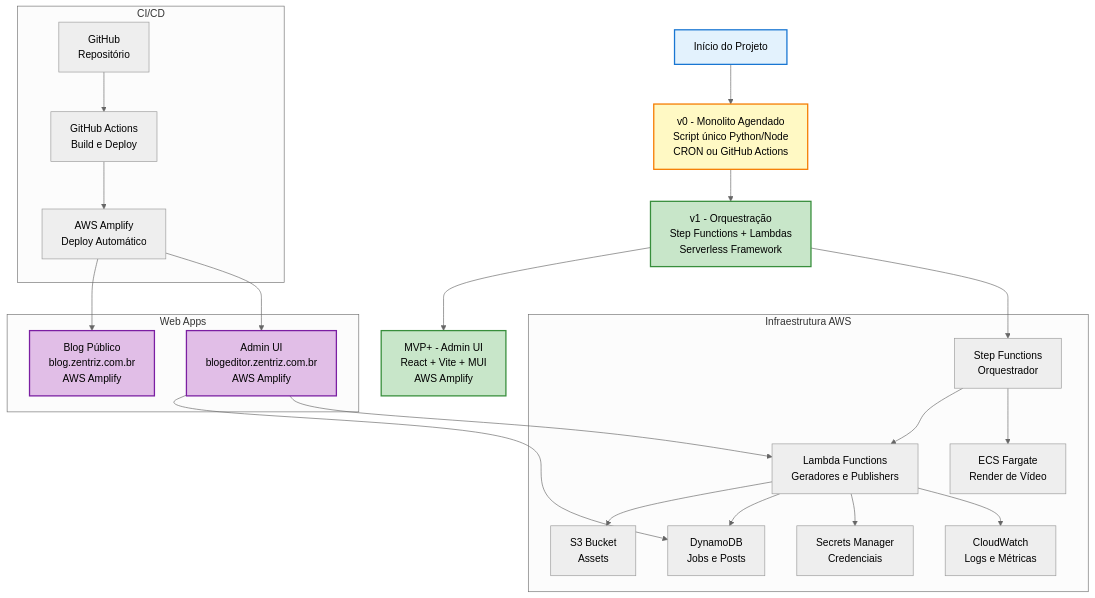
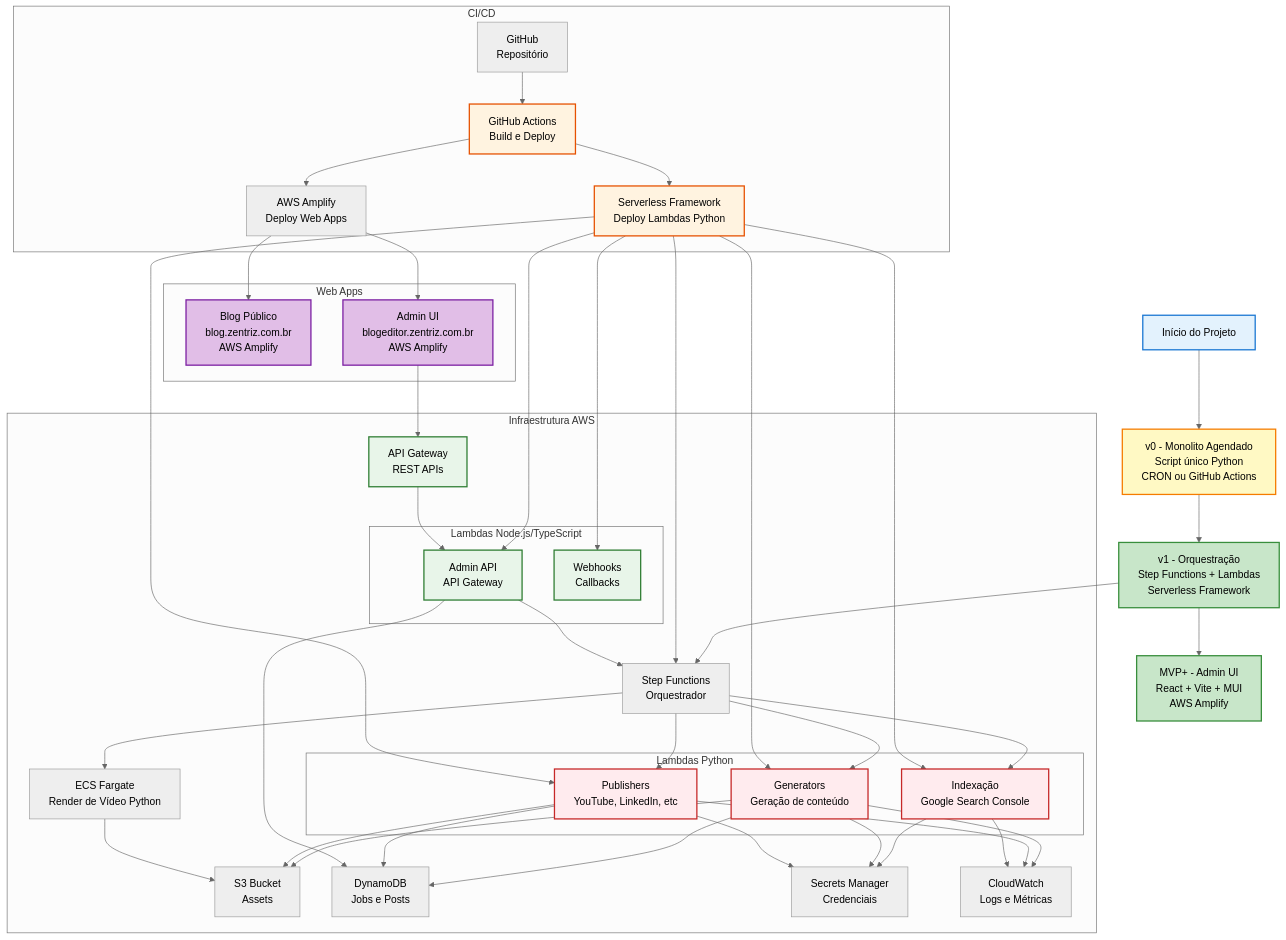
The diagram in docs/07_deploy_operacao.md (zentriztech/zentriz-ai-content-factory), drawn with Mermaid (neutral theme) before and after one commit. The commit also changed other lines of this file and 2 other files, not shown here.

Commit message:
added flowchart TD to 07**.md

````diff
--- a/docs/07_deploy_operacao.md
+++ b/docs/07_deploy_operacao.md
@@ -118,6 +143,6 @@
 ```mermaid
 flowchart TD
-    Start[Início do Projeto] --> V0[v0 - Monolito Agendado<br/>Script único Python/Node<br/>CRON ou GitHub Actions]
+    Start[Início do Projeto] --> V0[v0 - Monolito Agendado<br/>Script único Python<br/>CRON ou GitHub Actions]
     
     V0 --> V1[v1 - Orquestração<br/>Step Functions + Lambdas<br/>Serverless Framework]
     
@@ -125,12 +150,24 @@
     
     subgraph Infra["Infraestrutura AWS"]
         SF[Step Functions<br/>Orquestrador]
-        L[Lambda Functions<br/>Geradores e Publishers]
-        ECS[ECS Fargate<br/>Render de Vídeo]
+        
+        subgraph LambdasPython["Lambdas Python"]
+            LP1[Generators<br/>Geração de conteúdo]
+            LP2[Publishers<br/>YouTube, LinkedIn, etc]
+            LP3[Indexação<br/>Google Search Console]
+        end
+        
+        subgraph LambdasNode["Lambdas Node.js/TypeScript"]
+            LN1[Admin API<br/>API Gateway]
+            LN2[Webhooks<br/>Callbacks]
+        end
+        
+        ECS[ECS Fargate<br/>Render de Vídeo Python]
         S3[S3 Bucket<br/>Assets]
         DDB[DynamoDB<br/>Jobs e Posts]
         SM[Secrets Manager<br/>Credenciais]
         CW[CloudWatch<br/>Logs e Métricas]
+        APIGW[API Gateway<br/>REST APIs]
     end
     
     subgraph WebApps["Web Apps"]
@@ -141,24 +178,45 @@
     subgraph CICD["CI/CD"]
         GH[GitHub<br/>Repositório]
         GA[GitHub Actions<br/>Build e Deploy]
-        AMP[AWS Amplify<br/>Deploy Automático]
+        SFW[Serverless Framework<br/>Deploy Lambdas Python]
+        AMP[AWS Amplify<br/>Deploy Web Apps]
     end
     
     V1 --> SF
-    SF --> L
+    SF --> LP1
+    SF --> LP2
+    SF --> LP3
     SF --> ECS
-    L --> S3
-    L --> DDB
-    L --> SM
-    L --> CW
+    
+    LP1 --> S3
+    LP1 --> DDB
+    LP2 --> S3
+    LP2 --> DDB
+    LP3 --> SM
+    ECS --> S3
+    
+    LP1 --> SM
+    LP2 --> SM
+    LP1 --> CW
+    LP2 --> CW
+    LP3 --> CW
     
     GH --> GA
+    GA --> SFW
     GA --> AMP
+    SFW --> LP1
+    SFW --> LP2
+    SFW --> LP3
+    SFW --> LN1
+    SFW --> LN2
+    SFW --> SF
     AMP --> Blog
     AMP --> Admin
     
-    Admin --> DDB
-    Admin --> L
+    Admin --> APIGW
+    APIGW --> LN1
+    LN1 --> DDB
+    LN1 --> SF
     
     style Start fill:#e3f2fd,stroke:#1976d2,stroke-width:2px
     style V0 fill:#fff9c4,stroke:#f57c00,stroke-width:2px
@@ -166,4 +224,12 @@
     style MVP fill:#c8e6c9,stroke:#388e3c,stroke-width:2px
     style Blog fill:#e1bee7,stroke:#7b1fa2,stroke-width:2px
     style Admin fill:#e1bee7,stroke:#7b1fa2,stroke-width:2px
+    style LP1 fill:#ffebee,stroke:#c62828,stroke-width:2px
+    style LP2 fill:#ffebee,stroke:#c62828,stroke-width:2px
+    style LP3 fill:#ffebee,stroke:#c62828,stroke-width:2px
+    style LN1 fill:#e8f5e9,stroke:#2e7d32,stroke-width:2px
+    style LN2 fill:#e8f5e9,stroke:#2e7d32,stroke-width:2px
+    style APIGW fill:#e8f5e9,stroke:#2e7d32,stroke-width:2px
+    style SFW fill:#fff3e0,stroke:#e65100,stroke-width:2px
+    style GA fill:#fff3e0,stroke:#e65100,stroke-width:2px
 ```
````
